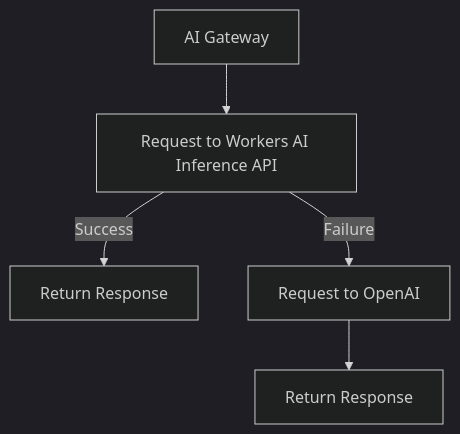
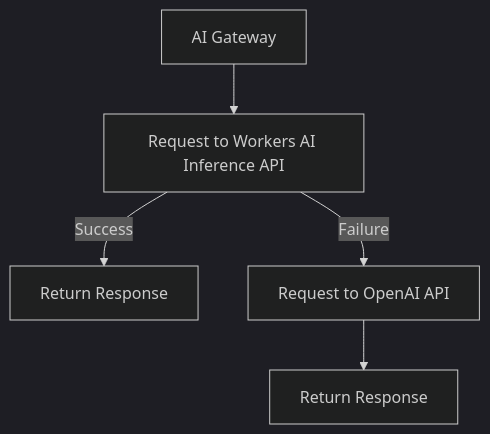
The diagram in content/ai-gateway/configuration/fallbacks.md (cloudflare/cloudflare-docs), drawn with Mermaid (dark theme) before and after one commit. The commit also changed 1 other file, not shown here.

Commit message:
small fixes

````diff
--- a/content/ai-gateway/configuration/fallbacks.md
+++ b/content/ai-gateway/configuration/fallbacks.md
@@ -17,7 +17,7 @@
 ```mermaid
 graph TD
     A[AI Gateway] --> B[Request to Workers AI Inference API]
     B -->|Success| C[Return Response]
-    B -->|Failure| D[Request to OpenAI]
+    B -->|Failure| D[Request to OpenAI API]
     D --> E[Return Response]
 ```
````
